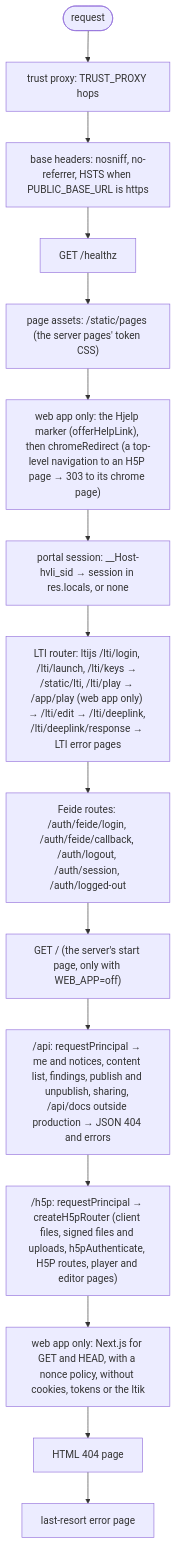
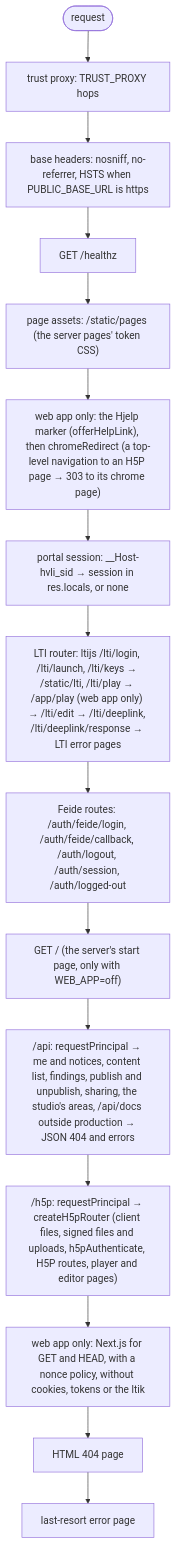
One commit to bobthebob58/HVL-INTERAKTIV changed the third of 10 diagrams in apps/server/README.md. Above: the diagram before and after it, drawn with Mermaid. The commit also changed other lines of this file and 215 other files, not shown here.

````diff
--- a/apps/server/README.md
+++ b/apps/server/README.md
@@ -219,17 +227,17 @@
 ```mermaid
 flowchart TD
     In([request]) --> TP["trust proxy: TRUST_PROXY hops"]
     TP --> BH["base headers: nosniff, no-referrer, HSTS when PUBLIC_BASE_URL is https"]
     BH --> HZ["GET /healthz"]
     HZ --> PA["page assets: /static/pages (the server pages' token CSS)"]
     PA --> CR["web app only: the Hjelp marker (offerHelpLink), then chromeRedirect (a top-level navigation to an H5P page → 303 to its chrome page)"]
     CR --> PS["portal session: __Host-hvli_sid → session in res.locals, or none"]
     PS --> LTI["LTI router: ltijs /lti/login, /lti/launch, /lti/keys → /static/lti, /lti/play → /app/play (web app only) → /lti/edit → /lti/deeplink, /lti/deeplink/response → LTI error pages"]
     LTI --> FE["Feide routes: /auth/feide/login, /auth/feide/callback, /auth/logout, /auth/session, /auth/logged-out"]
     FE --> HOME["GET / (the server's start page, only with WEB_APP=off)"]
-    HOME --> API["/api: requestPrincipal → me and notices, content list, findings, publish and unpublish, sharing, /api/docs outside production → JSON 404 and errors"]
+    HOME --> API["/api: requestPrincipal → me and notices, content list, findings, publish and unpublish, sharing, the studio's areas, /api/docs outside production → JSON 404 and errors"]
     API --> H5P["/h5p: requestPrincipal → createH5pRouter (client files, signed files and uploads, h5pAuthenticate, H5P routes, player and editor pages)"]
     H5P --> WEB["web app only: Next.js for GET and HEAD, with a nonce policy, without cookies, tokens or the ltik"]
     WEB --> NF["HTML 404 page"]
     NF --> ERR["last-resort error page"]
 ```
````
